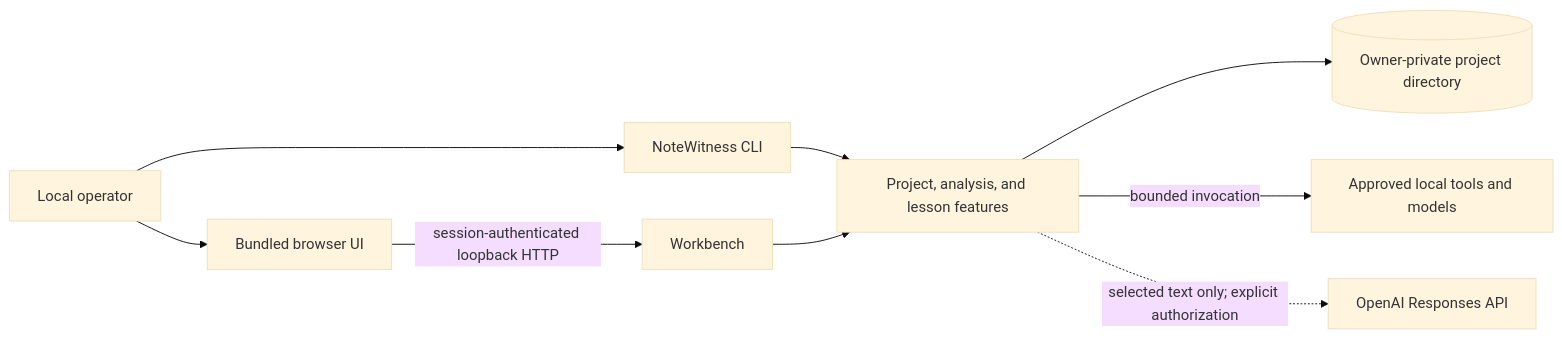
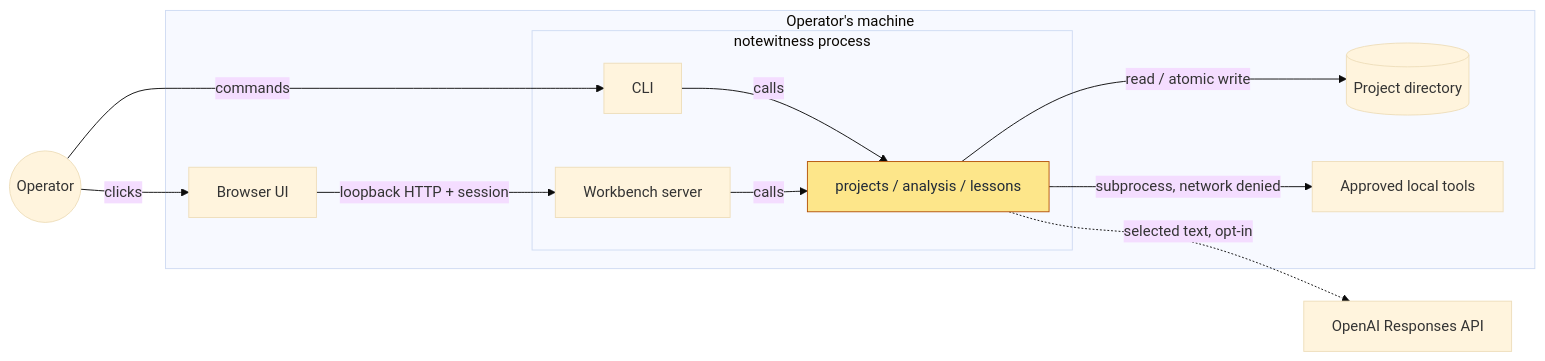
One commit to sebastianspicker/notewitness changed the first of 8 diagrams in docs/architecture.md. Above: the diagram before and after it, drawn with Mermaid (base theme). The commit also changed other lines of this file and 2 other files, not shown here.

````diff
--- a/docs/architecture.md
+++ b/docs/architecture.md
@@ -11,11 +13,25 @@
 ```mermaid
 flowchart LR
-  operator[Local operator] --> cli[NoteWitness CLI]
-  operator --> browser[Bundled browser UI]
-  browser -->|session-authenticated loopback HTTP| workbench[Workbench]
-  cli --> application[Project, analysis, and lesson features]
-  workbench --> application
-  application --> project[(Owner-private project directory)]
-  application -->|bounded invocation| tools[Approved local tools and models]
-  application -.->|selected text only; explicit authorization| openai[OpenAI Responses API]
+  operator((Operator))
+  subgraph machine [Operator's machine]
+    browser[Browser UI]
+    subgraph proc [notewitness process]
+      cli[CLI]
+      workbench[Workbench server]
+      features[projects / analysis / lessons]
+    end
+    project[(Project directory)]
+    tools[Approved local tools]
+  end
+  openai[OpenAI Responses API]
+  operator -->|commands| cli
+  operator -->|clicks| browser
+  browser -->|"loopback HTTP + session"| workbench
+  cli -->|calls| features
+  workbench -->|calls| features
+  features -->|"read / atomic write"| project
+  features -->|"subprocess, network denied"| tools
+  features -.->|"selected text, opt-in"| openai
+  classDef focus fill:#fde68a,stroke:#b45309,color:#1f2937
+  class features focus
 ```
````
